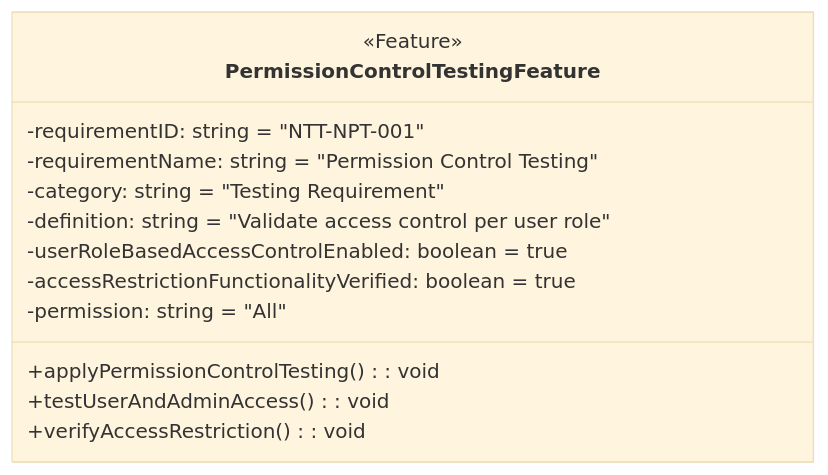
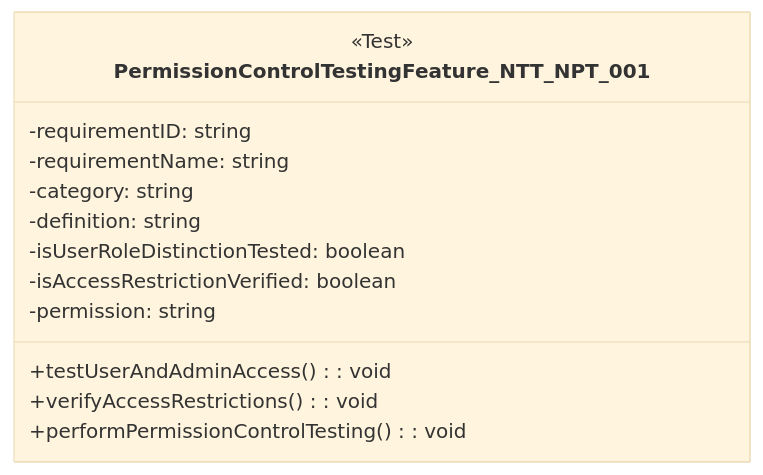
Before and after one commit to sun922/University-SoftwareDesign: diagram 28 of 32 in 1. Requirement Analysis/Software Requirements Specification.md, drawn with Mermaid (base theme). The commit also changed other lines of this file, not shown here.

````diff
--- a/1. Requirement Analysis/Software Requirements Specification.md
+++ b/1. Requirement Analysis/Software Requirements Specification.md
@@ -850,18 +862,17 @@
 ```mermaid
 classDiagram
-    class PermissionControlTestingFeature {
-        <<Feature>>
-        -requirementID: string = "NTT-NPT-001"
-        -requirementName: string = "Permission Control Testing"
-        -category: string = "Testing Requirement"
-        -definition: string = "Validate access control per user role"
-        -userRoleBasedAccessControlEnabled: boolean = true
-        -accessRestrictionFunctionalityVerified: boolean = true
-        -permission: string = "All"
+    class PermissionControlTestingFeature_NTT_NPT_001 {
+        <<Test>>
+        -requirementID: string
+        -requirementName: string
+        -category: string
+        -definition: string
+        -isUserRoleDistinctionTested: boolean
+        -isAccessRestrictionVerified: boolean
+        -permission: string
 
-        +applyPermissionControlTesting(): void
         +testUserAndAdminAccess(): void
-        +verifyAccessRestriction(): void
+        +verifyAccessRestrictions(): void
+        +performPermissionControlTesting(): void
     }
-
 ```
````
